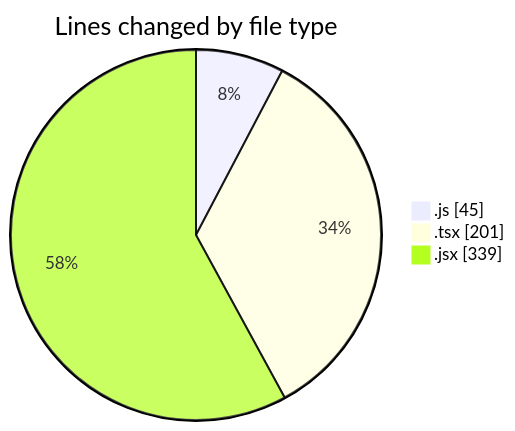
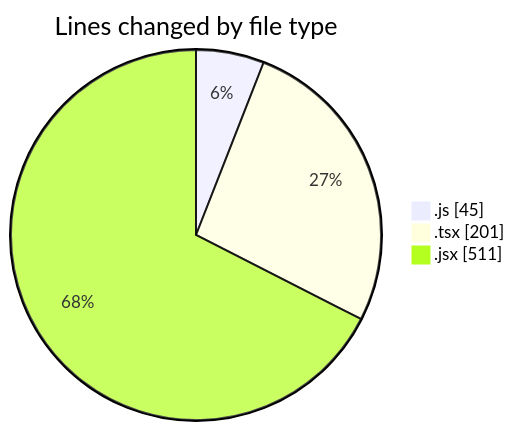
The first of 2 diagrams in 2026-01-09/nxtqube_webapp/README.md (nxtqubesakshisongat/code-tracking), drawn with Mermaid before and after one commit. The commit also changed other lines of this file and 1 other file, not shown here.

````diff
--- a/2026-01-09/nxtqube_webapp/README.md
+++ b/2026-01-09/nxtqube_webapp/README.md
@@ -22,7 +22,7 @@
 ```mermaid
 pie showData
 title Lines changed by file type
 ".js" : 45
 ".tsx" : 201
-".jsx" : 339
+".jsx" : 511
 ```
````
